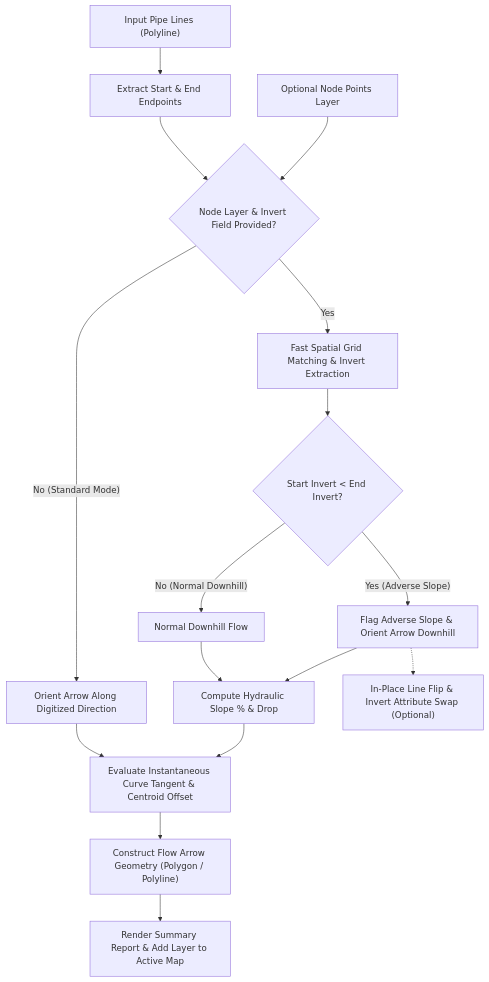
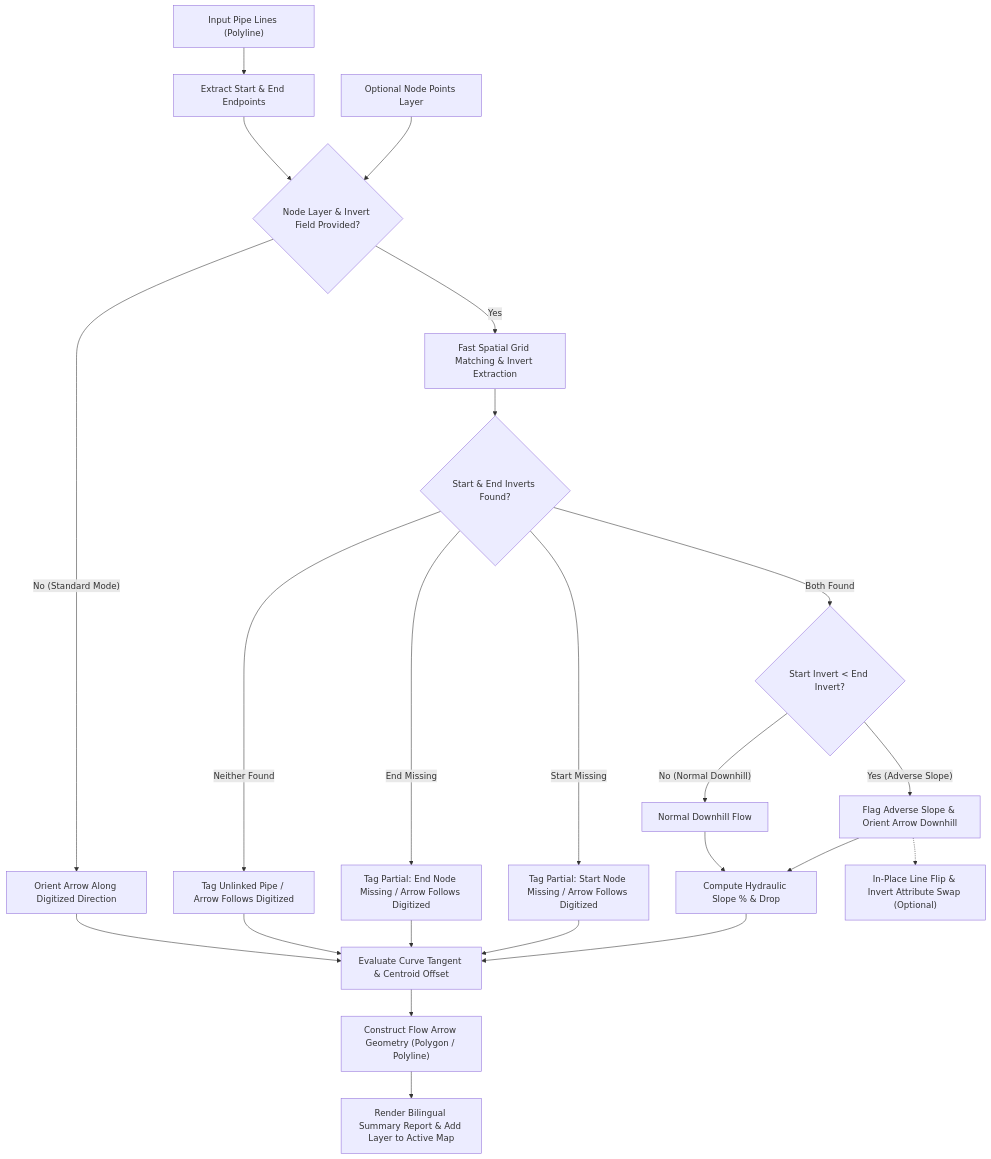
Before and after one commit to ahmadibrahim4geo/Create-FlowArrow-Tool: the diagram in README.md, drawn with Mermaid. The commit also changed other lines of this file and 3 other files, not shown here.

Commit message:
feat: add full Arabic path/data support, robust missing start node handling, and bilingual QA/QC reporting

````diff
--- a/README.md
+++ b/README.md
@@ -91,18 +101,25 @@
 ```mermaid
 flowchart TD
     A["Input Pipe Lines (Polyline)"] --> B["Extract Start & End Endpoints"]
     NP["Optional Node Points Layer"] --> C{"Node Layer & Invert Field Provided?"}
     B --> C
     C -- "Yes" --> D["Fast Spatial Grid Matching & Invert Extraction"]
-    D --> E{"Start Invert < End Invert?"}
-    E -- "Yes (Adverse Slope)" --> F["Flag Adverse Slope & Orient Arrow Downhill"]
-    E -- "No (Normal Downhill)" --> G["Normal Downhill Flow"]
-    F --> H["Compute Hydraulic Slope % & Drop"]
-    G --> H
-    C -- "No (Standard Mode)" --> I["Orient Arrow Along Digitized Direction"]
-    H --> J["Evaluate Instantaneous Curve Tangent & Centroid Offset"]
-    I --> J
-    J --> K["Construct Flow Arrow Geometry (Polygon / Polyline)"]
-    F -.-> L["In-Place Line Flip & Invert Attribute Swap (Optional)"]
-    K --> M["Render Summary Report & Add Layer to Active Map"]
+    D --> E{"Start & End Inverts Found?"}
+    E -- "Both Found" --> F{"Start Invert < End Invert?"}
+    F -- "Yes (Adverse Slope)" --> G["Flag Adverse Slope & Orient Arrow Downhill"]
+    F -- "No (Normal Downhill)" --> H["Normal Downhill Flow"]
+    E -- "Start Missing" --> I["Tag Partial: Start Node Missing / Arrow Follows Digitized"]
+    E -- "End Missing" --> J["Tag Partial: End Node Missing / Arrow Follows Digitized"]
+    E -- "Neither Found" --> K["Tag Unlinked Pipe / Arrow Follows Digitized"]
+    C -- "No (Standard Mode)" --> L["Orient Arrow Along Digitized Direction"]
+    G --> M["Compute Hydraulic Slope % & Drop"]
+    H --> M
+    M --> N["Evaluate Curve Tangent & Centroid Offset"]
+    I --> N
+    J --> N
+    K --> N
+    L --> N
+    N --> O["Construct Flow Arrow Geometry (Polygon / Polyline)"]
+    G -.-> P["In-Place Line Flip & Invert Attribute Swap (Optional)"]
+    O --> Q["Render Bilingual Summary Report & Add Layer to Active Map"]
 ```
````
